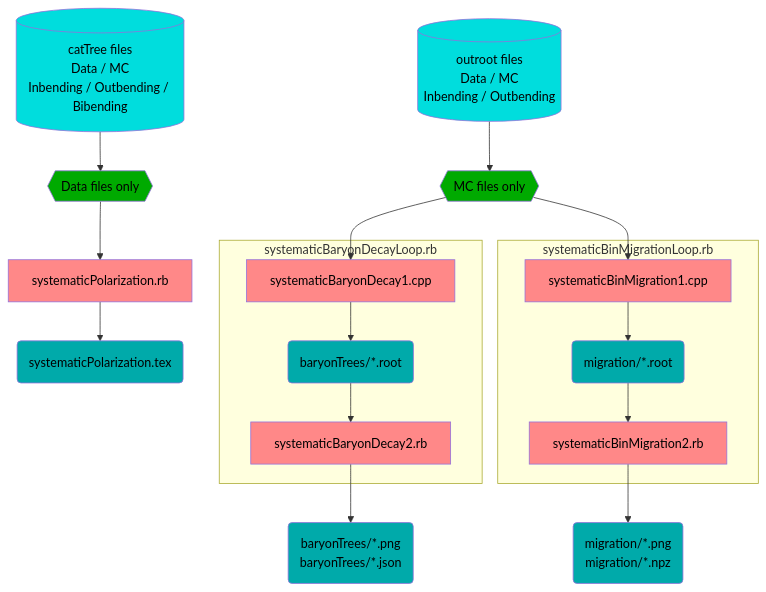
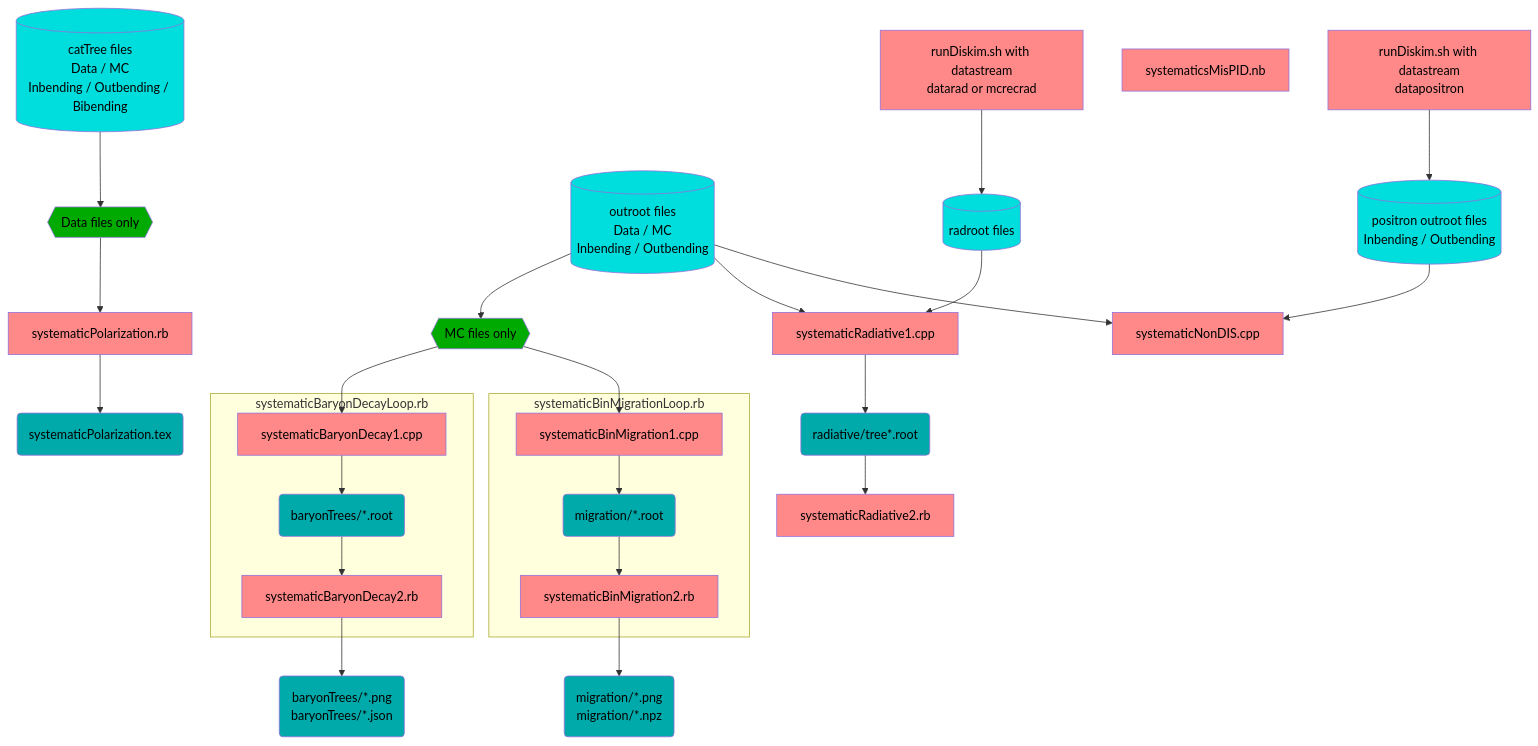
One commit to c-dilks/dispin changed the second of 2 diagrams in README.md. Above: the diagram before and after it, drawn with Mermaid. The commit also changed 2 other files, not shown here.

Commit message:
doc: add systemtics to `mermaid` flowchart (#69)

````diff
--- a/README.md
+++ b/README.md
@@ -158,35 +158,53 @@
 ```mermaid
 flowchart TB
   classDef alg fill:#ff8888,color:black
   classDef data fill:#00aaaa,color:black
   classDef bigdata fill:#00dddd,color:black
   classDef op fill:#00aa00,color:black
 
   CatTrees[(catTree files<br/>Data / MC<br/>Inbending / Outbending / Bibending)]:::bigdata
   CatTreesOnlyData{{Data files only}}:::op
   CatTrees --> CatTreesOnlyData
 
   Outroots[(outroot files<br/>Data / MC<br/>Inbending / Outbending)]:::bigdata
   OutrootsOnlyMC{{MC files only}}:::op
   Outroots --> OutrootsOnlyMC
 
   PolAlg[systematicPolarization.rb]:::alg
   Pol(systematicPolarization.tex):::data
   CatTreesOnlyData --> PolAlg --> Pol
 
   subgraph systematicBaryonDecayLoop.rb
       BaryonAlg1[systematicBaryonDecay1.cpp]:::alg
       BaryonTrees(baryonTrees/*.root):::data
       BaryonAlg2[systematicBaryonDecay2.rb]:::alg
   end
   BaryonResult(baryonTrees/*.png<br/>baryonTrees/*.json):::data
   OutrootsOnlyMC --> BaryonAlg1 --> BaryonTrees --> BaryonAlg2 --> BaryonResult
 
   subgraph systematicBinMigrationLoop.rb
       MigrationAlg1[systematicBinMigration1.cpp]:::alg
       MigrationRoots(migration/*.root):::data
       MigrationAlg2[systematicBinMigration2.rb]:::alg
   end
   MigrationResult(migration/*.png<br/>migration/*.npz):::data
   OutrootsOnlyMC --> MigrationAlg1 --> MigrationRoots --> MigrationAlg2 --> MigrationResult
+
+  RunDiskimRad[runDiskim.sh with datastream<br/>datarad or mcrecrad]:::alg
+  RadRoots[(radroot files)]:::bigdata
+  RadAlg1[systematicRadiative1.cpp]:::alg
+  RadTrees(radiative/tree*.root):::data
+  RadAlg2[systematicRadiative2.rb]:::alg
+  Outroots --> RadAlg1
+  RunDiskimRad --> RadRoots --> RadAlg1
+  RadAlg1 --> RadTrees --> RadAlg2
+
+  MisPID[systematicsMisPID.nb]:::alg
+
+  RunDiskimPositron[runDiskim.sh with datastream<br/>datapositron]:::alg
+  PositronRoots[(positron outroot files<br/>Inbending / Outbending)]:::bigdata
+  PositronAlg[systematicNonDIS.cpp]:::alg
+  RunDiskimPositron --> PositronRoots
+  Outroots --> PositronAlg
+  PositronRoots --> PositronAlg
 ```
````
